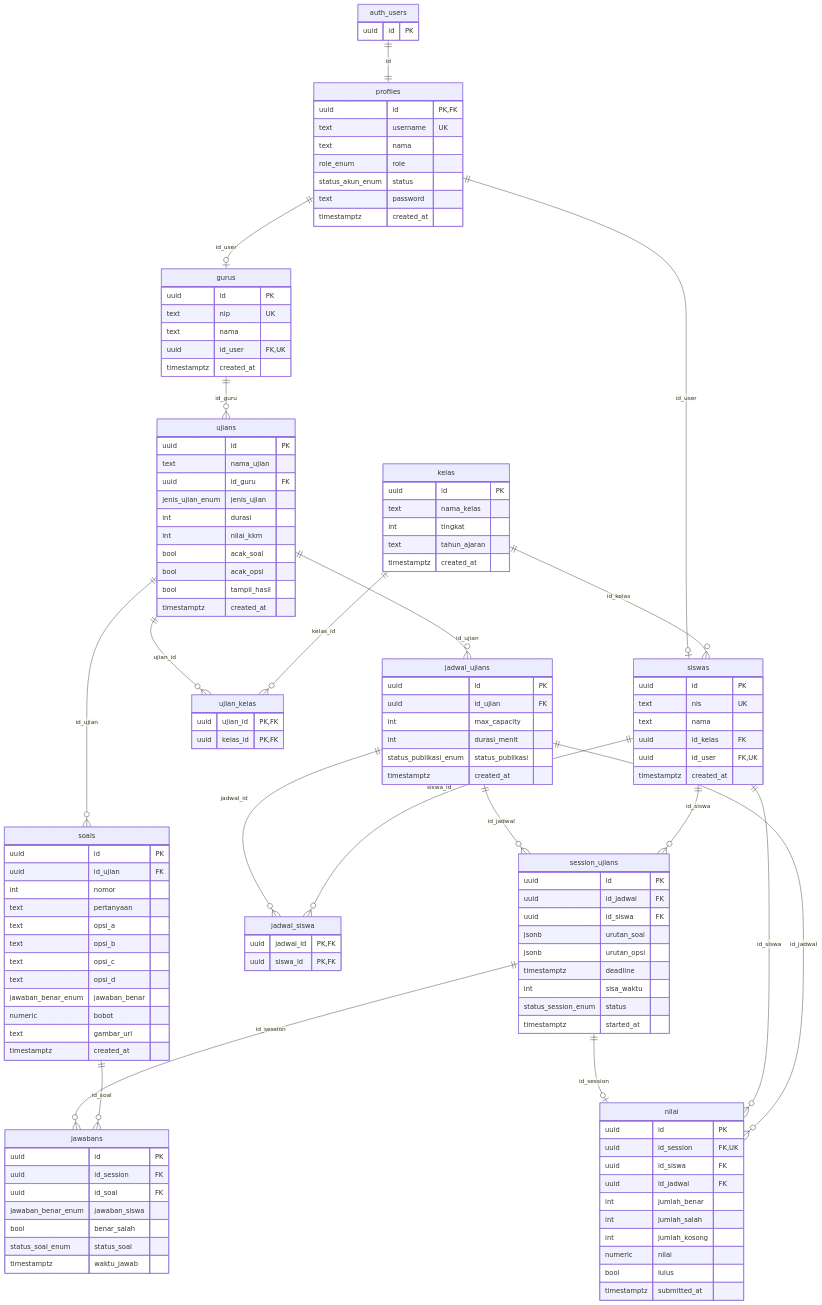
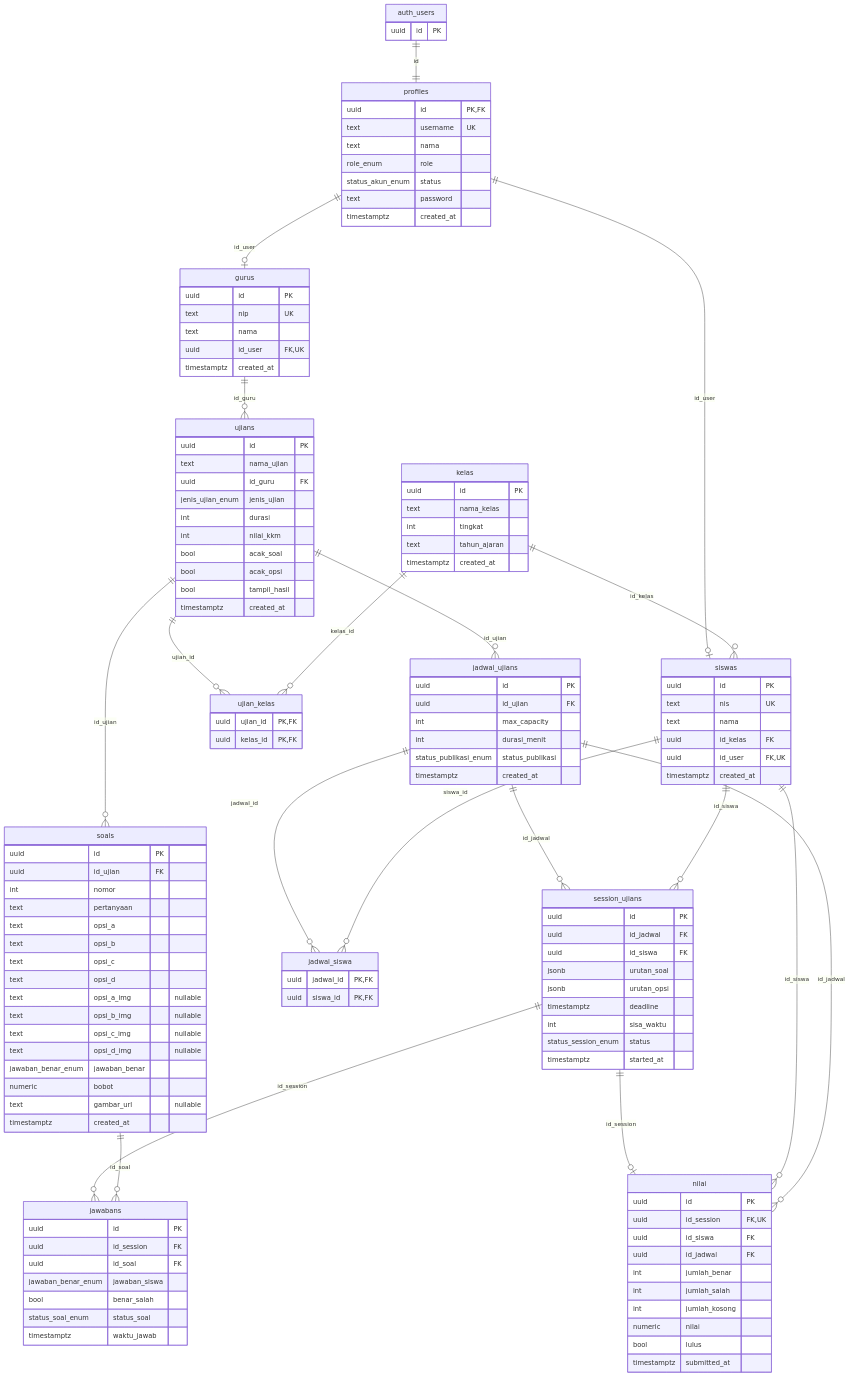
Before and after one commit to lumba4311-source/mencobain-mtswaha: the diagram in docs/erd.md, drawn with Mermaid. The commit also changed 14 other files, not shown here.

```diff
--- a/docs/erd.md
+++ b/docs/erd.md
@@ -76,9 +76,13 @@
         text opsi_b
         text opsi_c
         text opsi_d
+        text opsi_a_img "nullable"
+        text opsi_b_img "nullable"
+        text opsi_c_img "nullable"
+        text opsi_d_img "nullable"
         jawaban_benar_enum jawaban_benar
         numeric bobot
-        text gambar_url
+        text gambar_url "nullable"
         timestamptz created_at
     }
 
```
